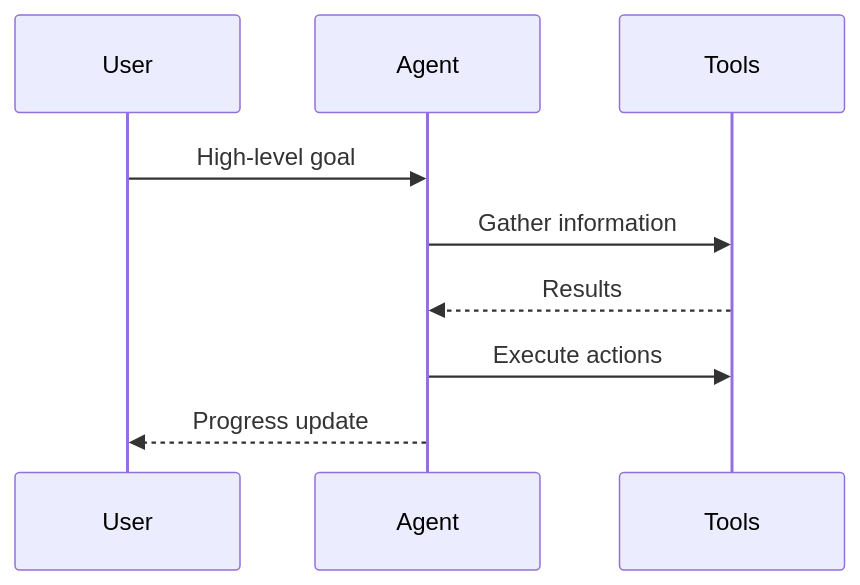
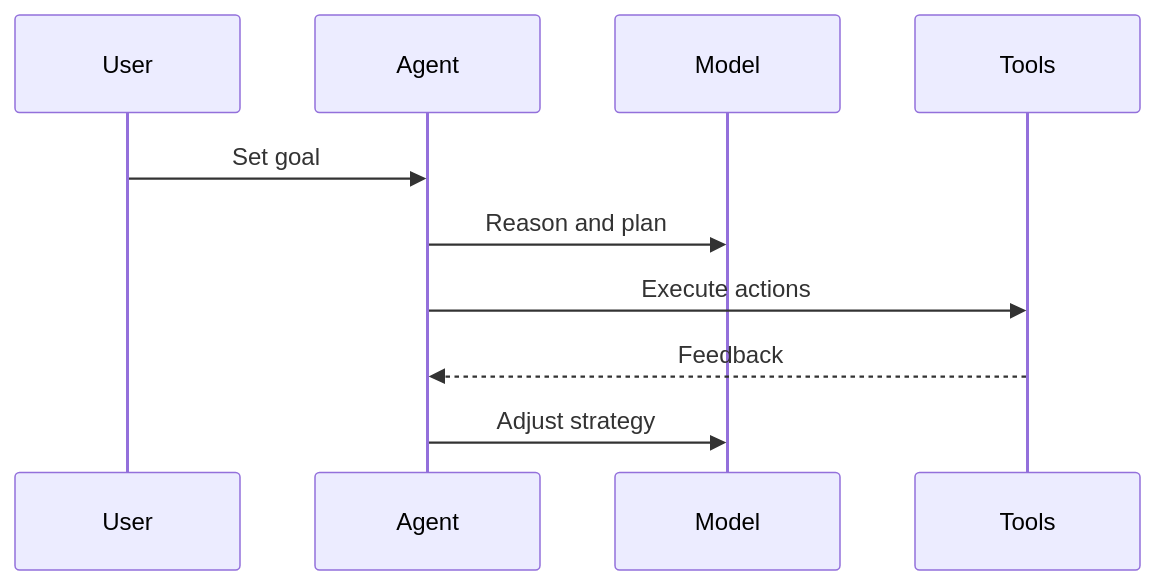
Before and after one commit to m-rizqinovniari/agentic-handbook: the fourth of 5 diagrams in docusaurus/docs/part-1/chapter-1.md, drawn with Mermaid. The commit also changed other lines of this file and 19 other files, not shown here.

````diff
--- a/docusaurus/docs/part-1/chapter-1.md
+++ b/docusaurus/docs/part-1/chapter-1.md
@@ -177,11 +229,8 @@
 ```mermaid
 sequenceDiagram
-    participant User
-    participant Agent
-    participant Tools
-    User->>Agent: High-level goal
-    Agent->>Tools: Gather information
-    Tools-->>Agent: Results
+    User->>Agent: Set goal
+    Agent->>Model: Reason and plan
     Agent->>Tools: Execute actions
-    Agent-->>User: Progress update
+    Tools-->>Agent: Feedback
+    Agent->>Model: Adjust strategy
 ```
````
